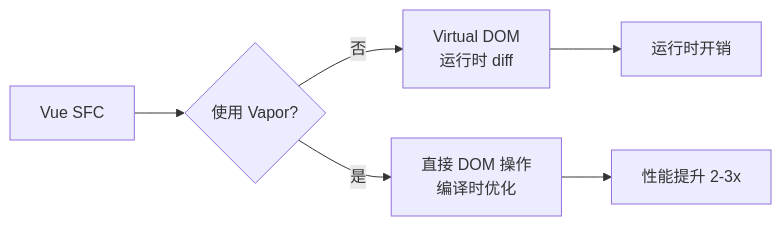
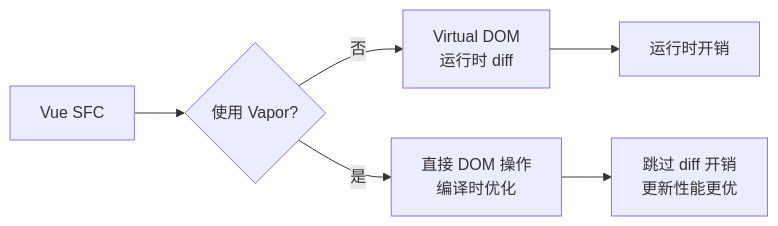
The second of 2 diagrams in 05.frontend/03-frameworks/vue/README.md (wb04307201/note), drawn with Mermaid before and after one commit. The commit also changed 86 other files, not shown here.

````diff
--- a/05.frontend/03-frameworks/vue/README.md
+++ b/05.frontend/03-frameworks/vue/README.md
@@ -249,8 +249,8 @@
 ```mermaid
 flowchart LR
     A[Vue SFC] --> B{使用 Vapor?}
     B -->|否| C[Virtual DOM<br/>运行时 diff]
     B -->|是| D[直接 DOM 操作<br/>编译时优化]
     C --> E[运行时开销]
-    D --> F[性能提升 2-3x]
+    D --> F[跳过 diff 开销<br/>更新性能更优]
 ```
````
